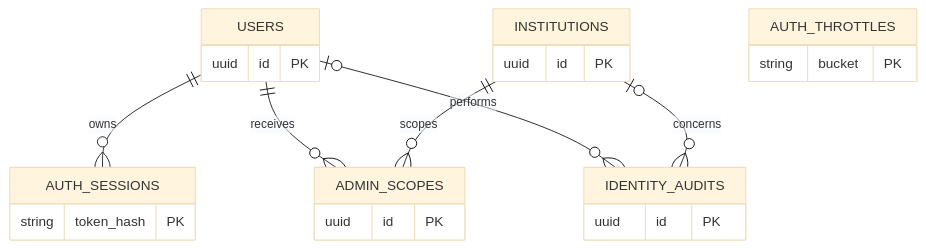
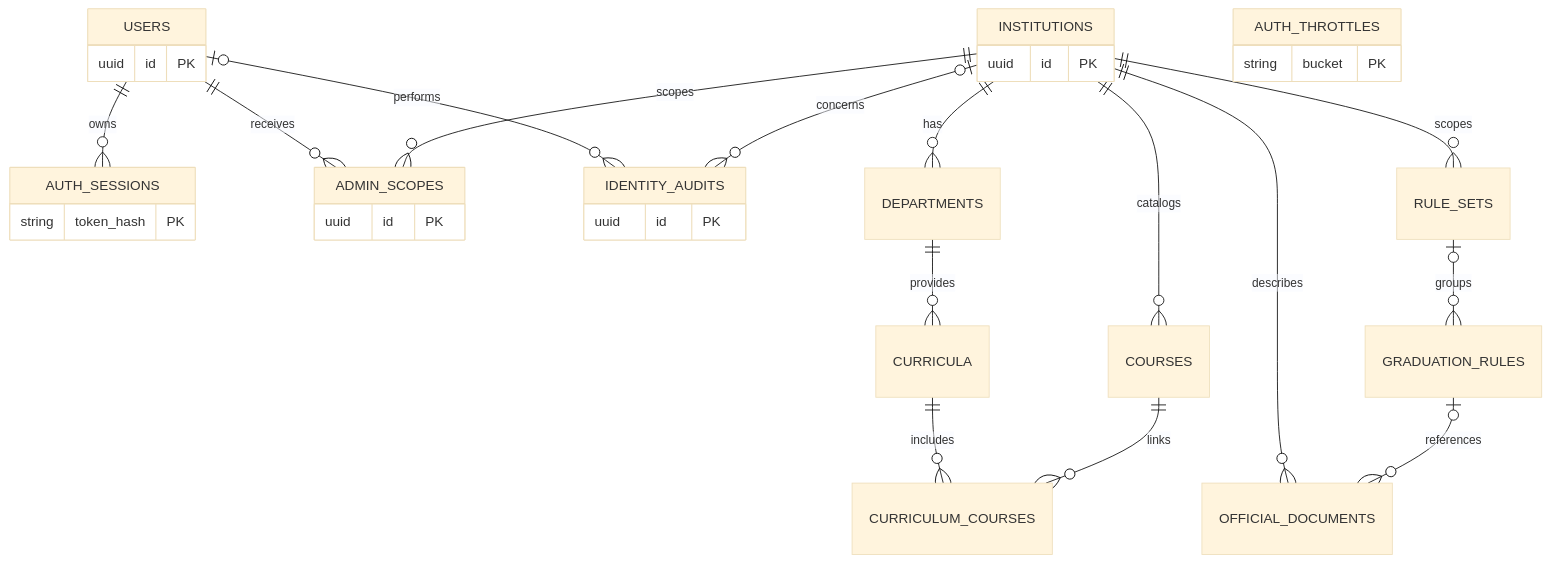
One commit to product04231125/UNIPATH changed the first of 4 diagrams in docs/database-erd.md. Above: the diagram before and after it, drawn with Mermaid (base theme). The commit also changed other lines of this file and 32 other files, not shown here.

````diff
--- a/docs/database-erd.md
+++ b/docs/database-erd.md
@@ -17,26 +19,35 @@
 ```mermaid
 erDiagram
     USERS ||--o{ AUTH_SESSIONS : owns
     USERS ||--o{ ADMIN_SCOPES : receives
     INSTITUTIONS ||--o{ ADMIN_SCOPES : scopes
     USERS o|--o{ IDENTITY_AUDITS : performs
     INSTITUTIONS o|--o{ IDENTITY_AUDITS : concerns
+    INSTITUTIONS ||--o{ DEPARTMENTS : has
+    DEPARTMENTS ||--o{ CURRICULA : provides
+    INSTITUTIONS ||--o{ COURSES : catalogs
+    CURRICULA ||--o{ CURRICULUM_COURSES : includes
+    COURSES ||--o{ CURRICULUM_COURSES : links
+    INSTITUTIONS ||--o{ RULE_SETS : scopes
+    RULE_SETS o|--o{ GRADUATION_RULES : groups
+    INSTITUTIONS ||--o{ OFFICIAL_DOCUMENTS : describes
+    GRADUATION_RULES o|--o{ OFFICIAL_DOCUMENTS : references
     USERS {
         uuid id PK
     }
     AUTH_SESSIONS {
         string token_hash PK
     }
     AUTH_THROTTLES {
         string bucket PK
     }
     INSTITUTIONS {
         uuid id PK
     }
     ADMIN_SCOPES {
         uuid id PK
     }
     IDENTITY_AUDITS {
         uuid id PK
     }
 ```
````
